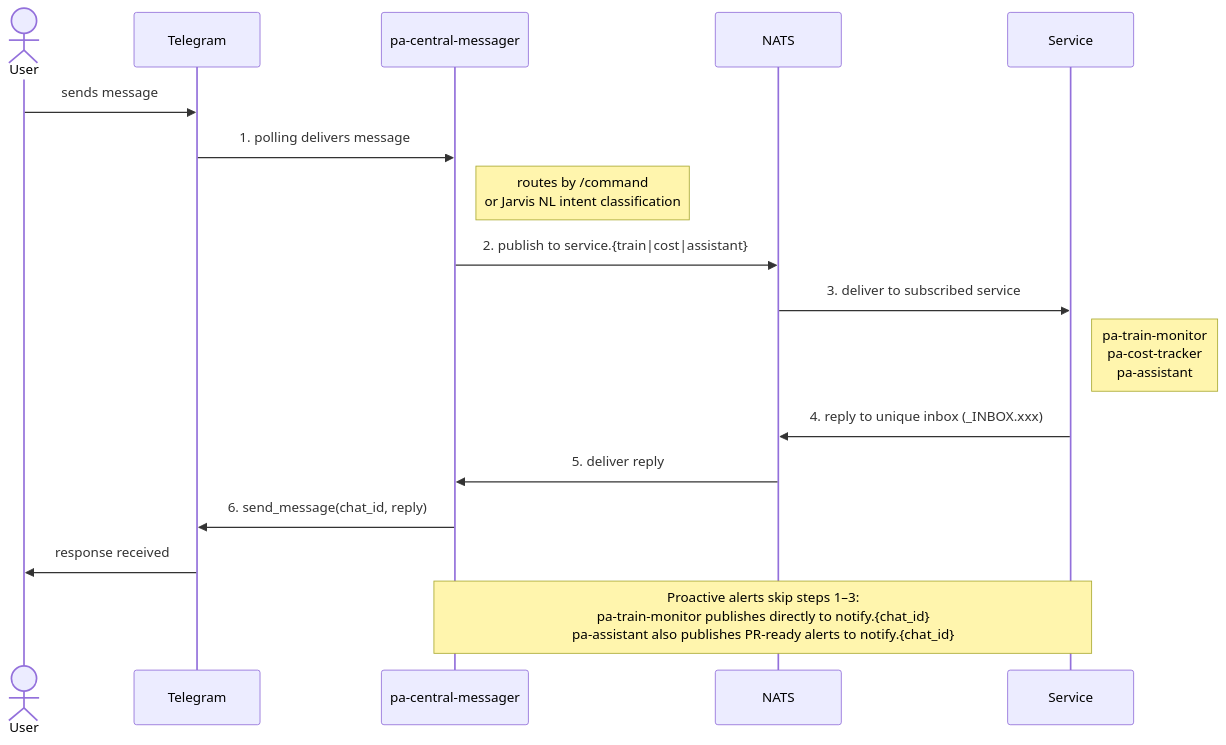
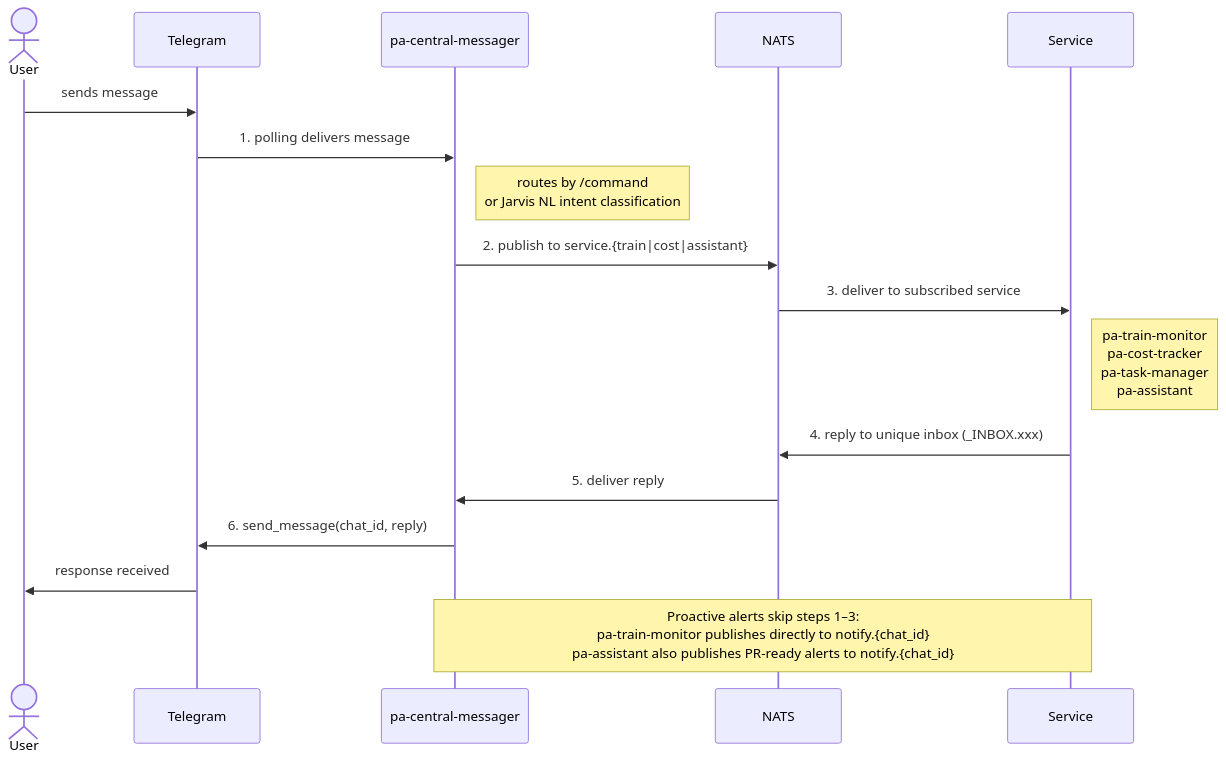
Before and after one commit to sneakybver-assistant/.github: the diagram in profile/README.md, drawn with Mermaid. The commit also changed other lines of this file, not shown here.

First line of the commit message:
docs: add pa-task-manager and task commands

````diff
--- a/profile/README.md
+++ b/profile/README.md
@@ -9,21 +9,21 @@
 ```mermaid
 sequenceDiagram
     actor U as User
     participant TG as Telegram
     participant CM as pa-central-messager
     participant N as NATS
     participant S as Service
 
     U->>TG: sends message
     TG->>CM: 1. polling delivers message
     Note right of CM: routes by /command<br/>or Jarvis NL intent classification
     CM->>N: 2. publish to service.{train|cost|assistant}
     N->>S: 3. deliver to subscribed service
-    Note right of S: pa-train-monitor<br/>pa-cost-tracker<br/>pa-assistant
+    Note right of S: pa-train-monitor<br/>pa-cost-tracker<br/>pa-task-manager<br/>pa-assistant
     S->>N: 4. reply to unique inbox (_INBOX.xxx)
     N->>CM: 5. deliver reply
     CM->>TG: 6. send_message(chat_id, reply)
     TG->>U: response received
 
     Note over S,CM: Proactive alerts skip steps 1–3:<br/>pa-train-monitor publishes directly to notify.{chat_id}<br/>pa-assistant also publishes PR-ready alerts to notify.{chat_id}
 ```
````
